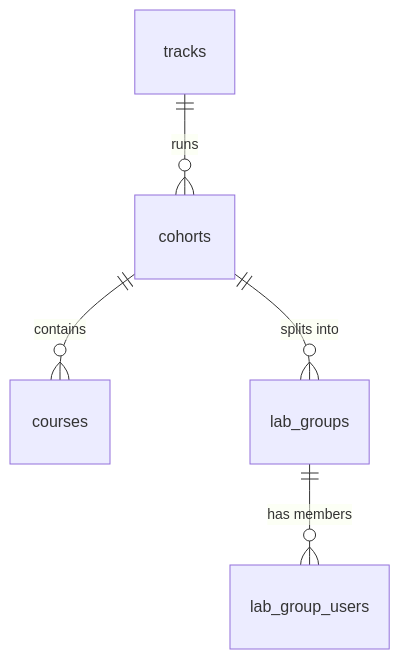
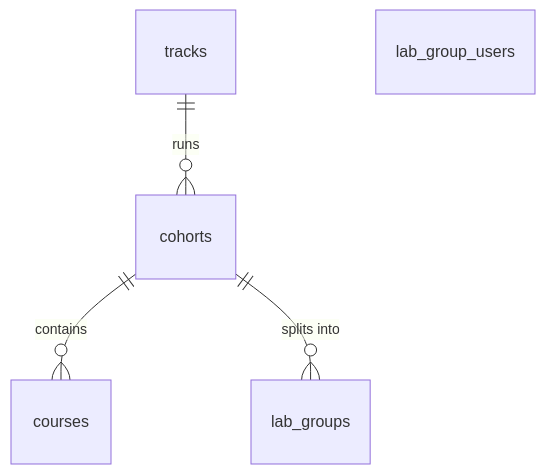
Before and after one commit to AndrewEmad14/attendance-and-grading-platform-backend: the second of 5 diagrams in README.md, drawn with Mermaid.

````diff
--- a/README.md
+++ b/README.md
@@ -146,12 +146,11 @@
 ```mermaid
 erDiagram
     tracks {}
     cohorts {}
     courses {}
     lab_groups {}
     lab_group_users {}
     tracks     ||--o{ cohorts        : "runs"
     cohorts    ||--o{ courses        : "contains"
     cohorts    ||--o{ lab_groups     : "splits into"
-    lab_groups ||--o{ lab_group_users : "has members"
 ```
````
